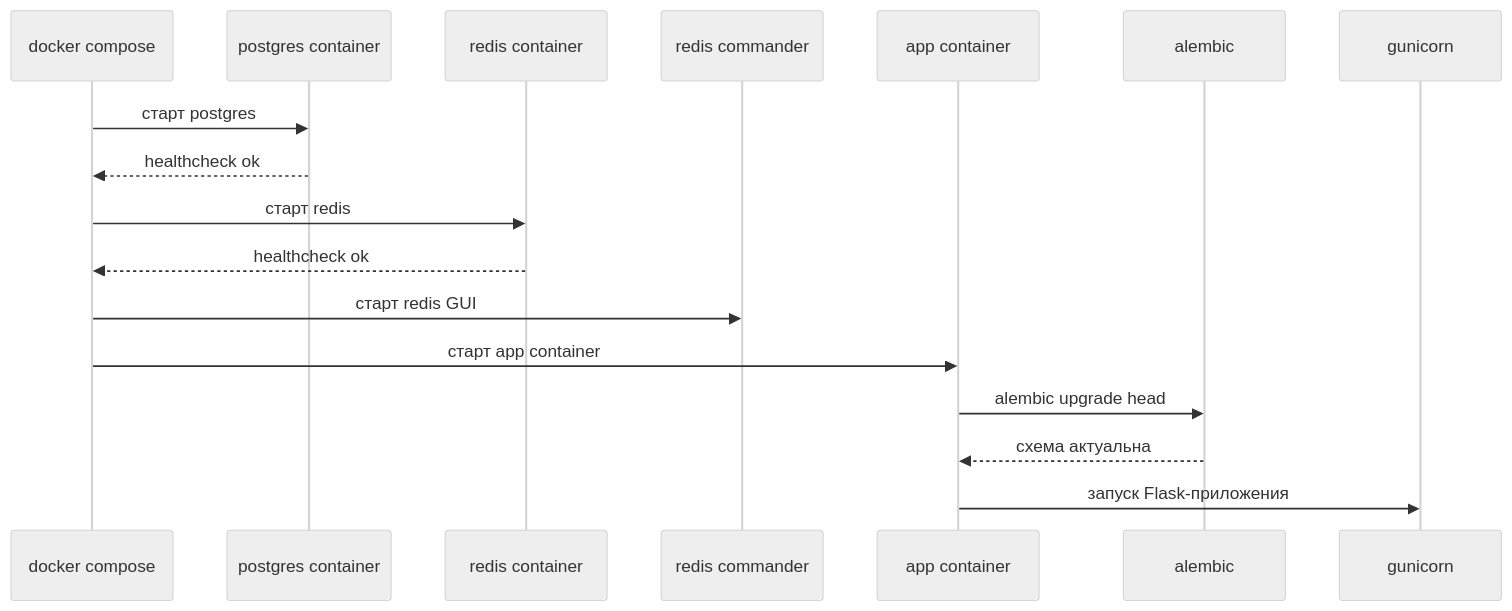
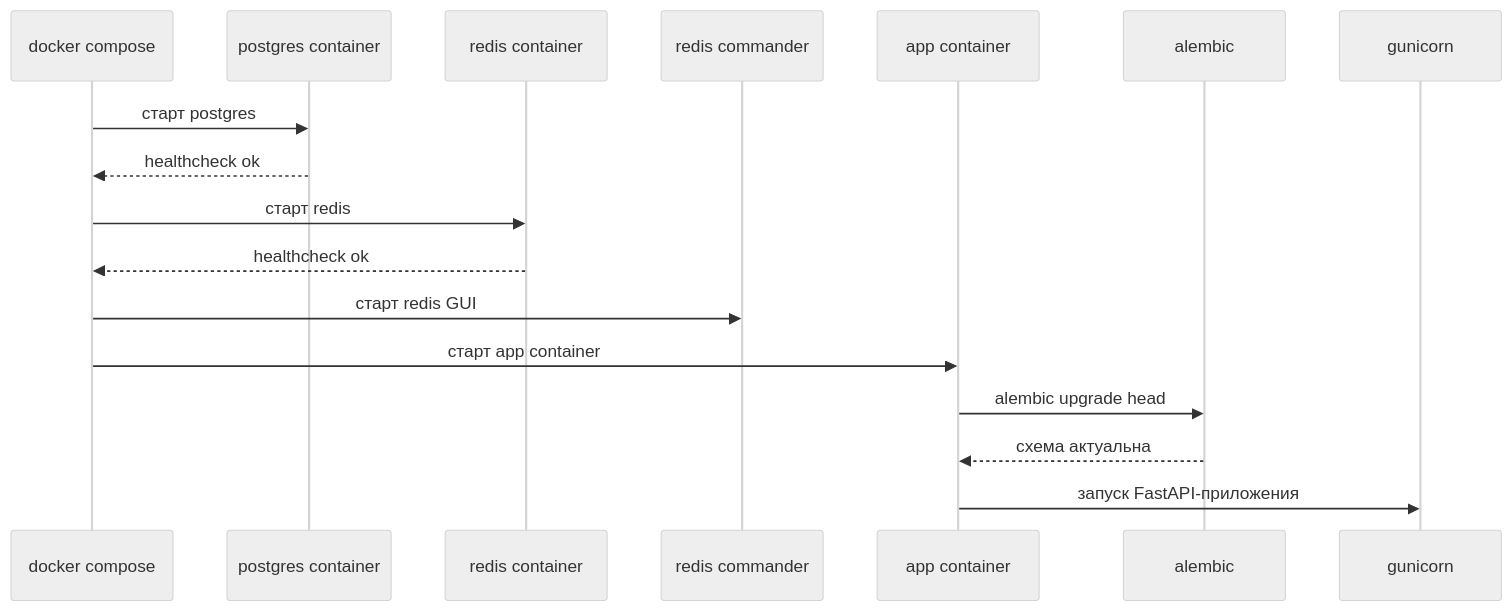
The second of 2 diagrams in docs/deployment/overview.md (serega20112/Anime-Epic-Moments), drawn with Mermaid (neutral theme) before and after one commit. The commit also changed other lines of this file and 358 other files, not shown here.

````diff
--- a/docs/deployment/overview.md
+++ b/docs/deployment/overview.md
@@ -34,20 +34,20 @@
 ```mermaid
 sequenceDiagram
     participant C as docker compose
     participant P as postgres container
     participant R as redis container
     participant UI as redis commander
     participant A as app container
     participant M as alembic
     participant G as gunicorn
 
     C->>P: старт postgres
     P-->>C: healthcheck ok
     C->>R: старт redis
     R-->>C: healthcheck ok
     C->>UI: старт redis GUI
     C->>A: старт app container
     A->>M: alembic upgrade head
     M-->>A: схема актуальна
-    A->>G: запуск Flask-приложения
+    A->>G: запуск FastAPI-приложения
 ```
````
